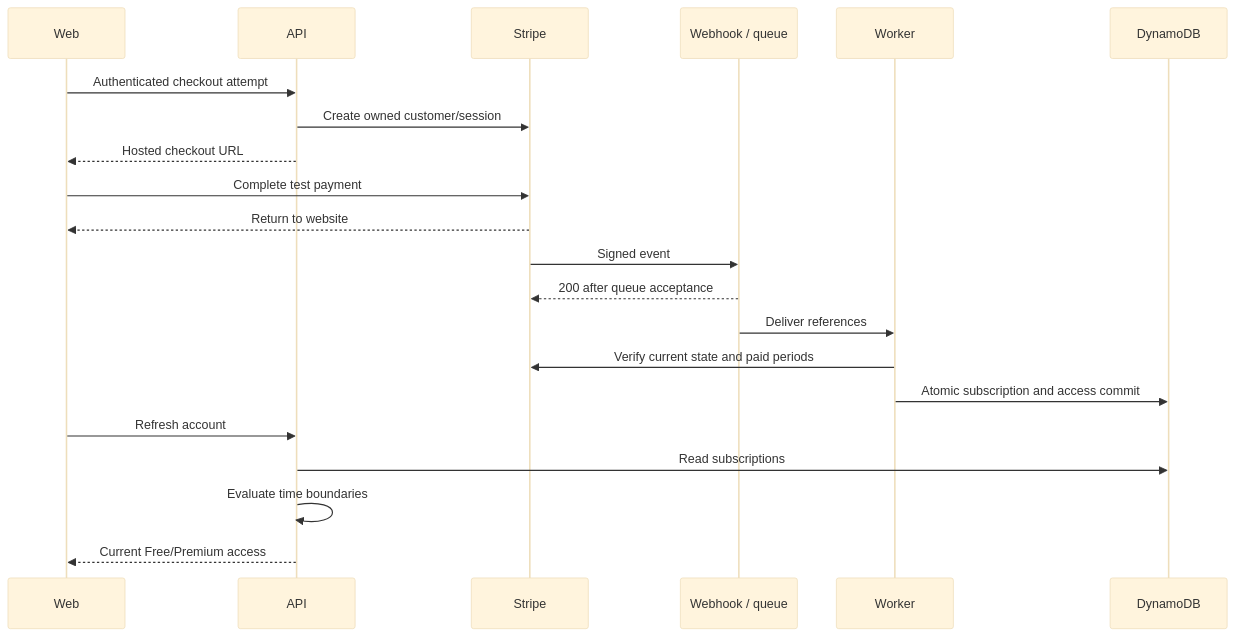
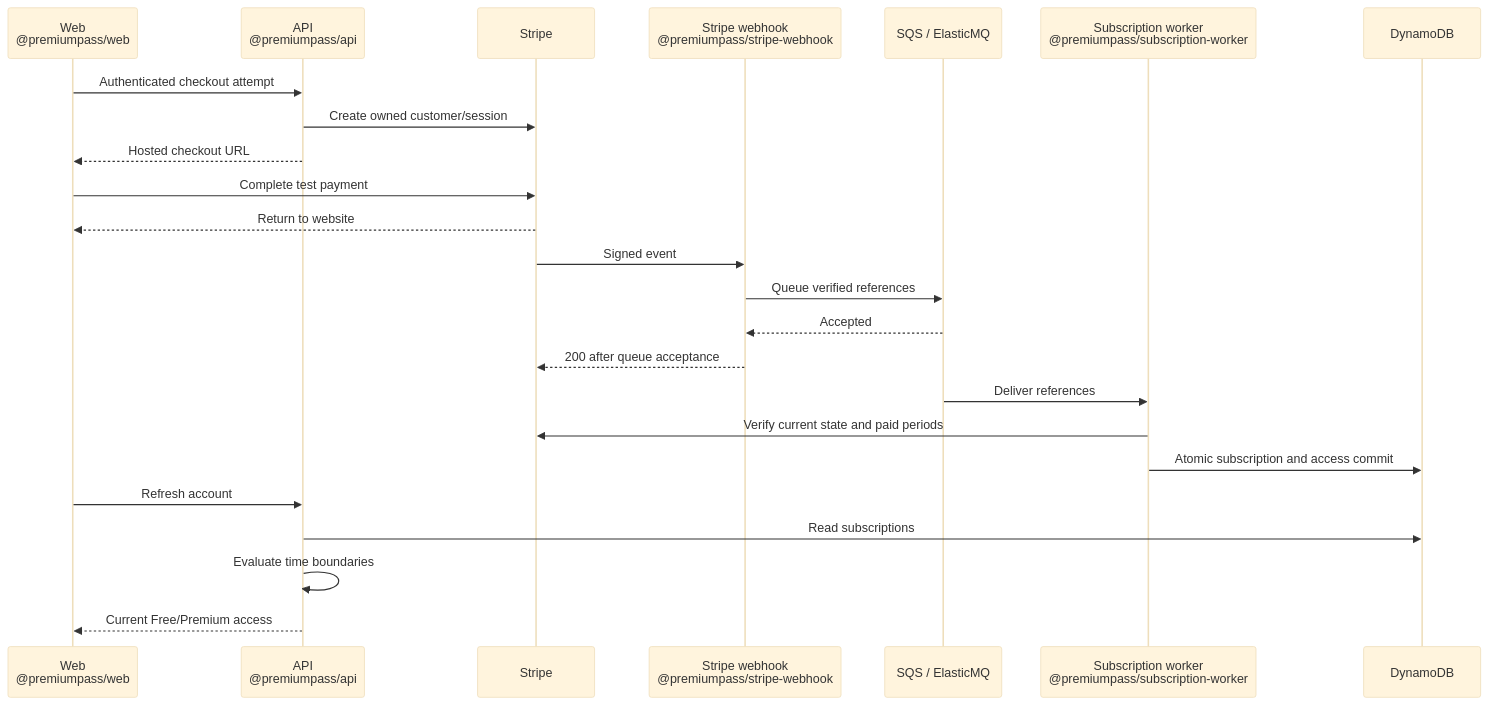
One commit to phillippbertram/subscription-consolidation-workshop changed the diagram in docs/PAYMENTS.md. Above: the diagram before and after it, drawn with Mermaid (base theme). The commit also changed other lines of this file and 11 other files, not shown here.

````diff
--- a/docs/PAYMENTS.md
+++ b/docs/PAYMENTS.md
@@ -10,23 +12,26 @@
 ```mermaid
 sequenceDiagram
-    participant Web
-    participant API
+    participant Web as Web<br/>@premiumpass/web
+    participant API as API<br/>@premiumpass/api
     participant Stripe
-    participant Ingress as Webhook / queue
-    participant Worker
+    participant Ingress as Stripe webhook<br/>@premiumpass/stripe-webhook
+    participant Queue as SQS / ElasticMQ
+    participant Worker as Subscription worker<br/>@premiumpass/subscription-worker
     participant DB as DynamoDB
     Web->>API: Authenticated checkout attempt
     API->>Stripe: Create owned customer/session
     API-->>Web: Hosted checkout URL
     Web->>Stripe: Complete test payment
     Stripe-->>Web: Return to website
     Stripe->>Ingress: Signed event
+    Ingress->>Queue: Queue verified references
+    Queue-->>Ingress: Accepted
     Ingress-->>Stripe: 200 after queue acceptance
-    Ingress->>Worker: Deliver references
+    Queue->>Worker: Deliver references
     Worker->>Stripe: Verify current state and paid periods
     Worker->>DB: Atomic subscription and access commit
     Web->>API: Refresh account
     API->>DB: Read subscriptions
     API->>API: Evaluate time boundaries
     API-->>Web: Current Free/Premium access
 ```
````
